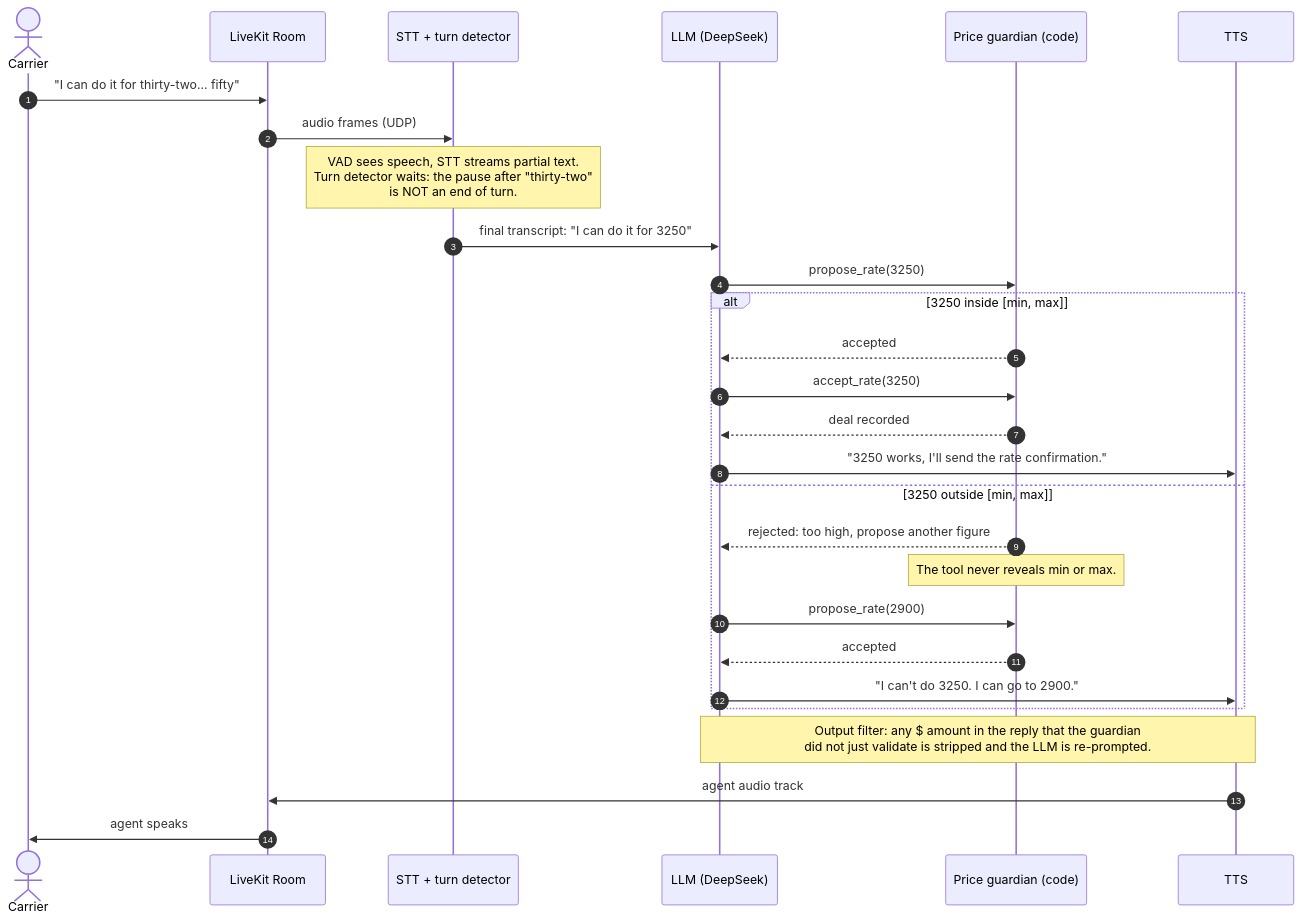
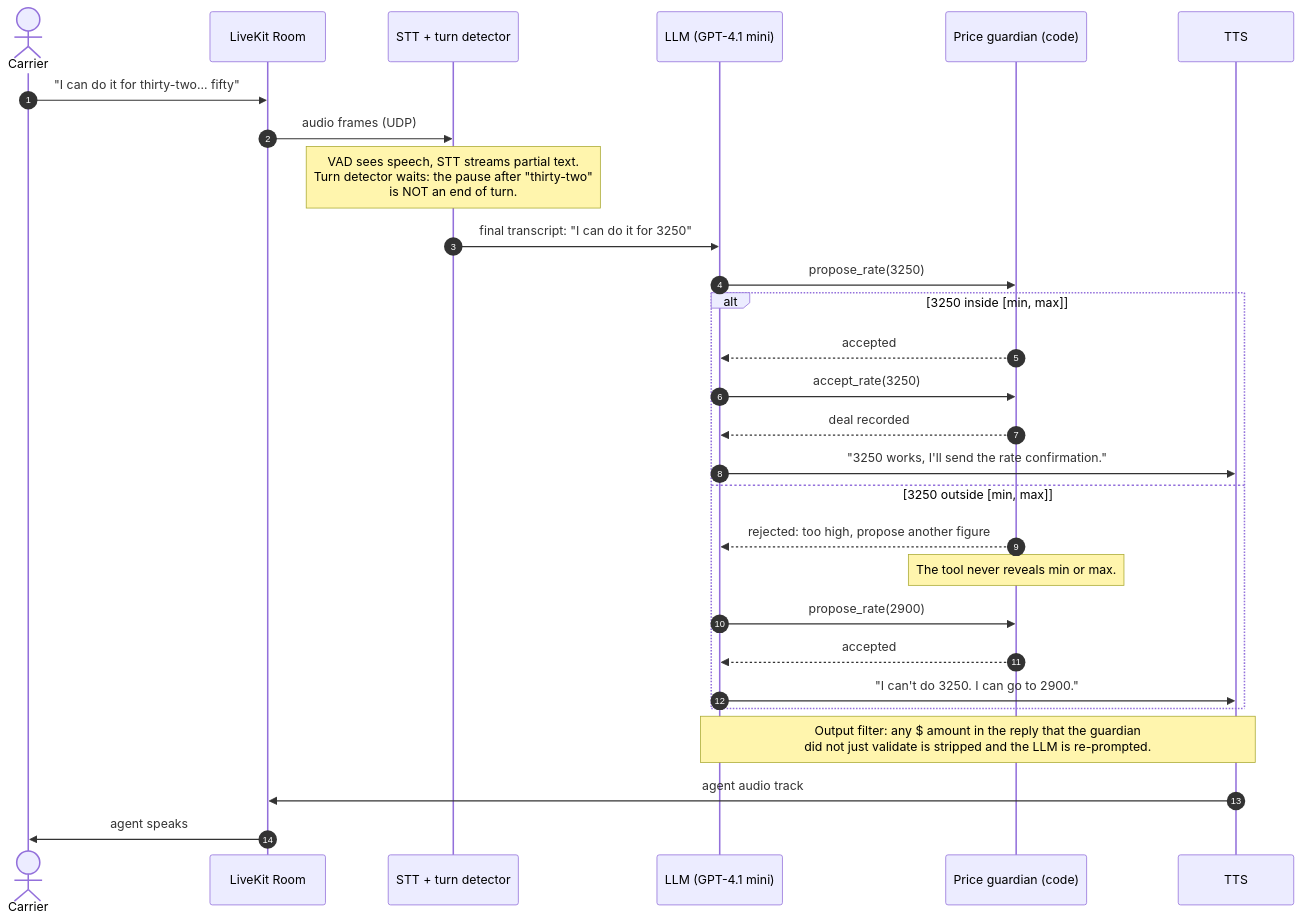
The second of 4 diagrams in docs/architecture.md (JSebastianIEU/voice-freight-negotiator), drawn with Mermaid before and after one commit. The commit also changed other lines of this file and 7 other files, not shown here.

First line of the commit message:
docs: revise ADR-003 with measured numbers, update diagrams

````diff
--- a/docs/architecture.md
+++ b/docs/architecture.md
@@ -144,31 +145,31 @@
 ```mermaid
 sequenceDiagram
     autonumber
     actor C as Carrier
     participant R as LiveKit Room
     participant S as STT + turn detector
-    participant L as LLM (DeepSeek)
+    participant L as LLM (GPT-4.1 mini)
     participant G as Price guardian (code)
     participant T as TTS
 
     C->>R: "I can do it for thirty-two... fifty"
     R->>S: audio frames (UDP)
     Note over S: VAD sees speech, STT streams partial text.<br/>Turn detector waits: the pause after "thirty-two"<br/>is NOT an end of turn.
     S->>L: final transcript: "I can do it for 3250"
     L->>G: propose_rate(3250)
     alt 3250 inside [min, max]
         G-->>L: accepted
         L->>G: accept_rate(3250)
         G-->>L: deal recorded
         L->>T: "3250 works, I'll send the rate confirmation."
     else 3250 outside [min, max]
         G-->>L: rejected: too high, propose another figure
         Note over G: The tool never reveals min or max.
         L->>G: propose_rate(2900)
         G-->>L: accepted
         L->>T: "I can't do 3250. I can go to 2900."
     end
     Note over L,T: Output filter: any $ amount in the reply that the guardian<br/>did not just validate is stripped and the LLM is re-prompted.
     T->>R: agent audio track
     R->>C: agent speaks
 ```
````
